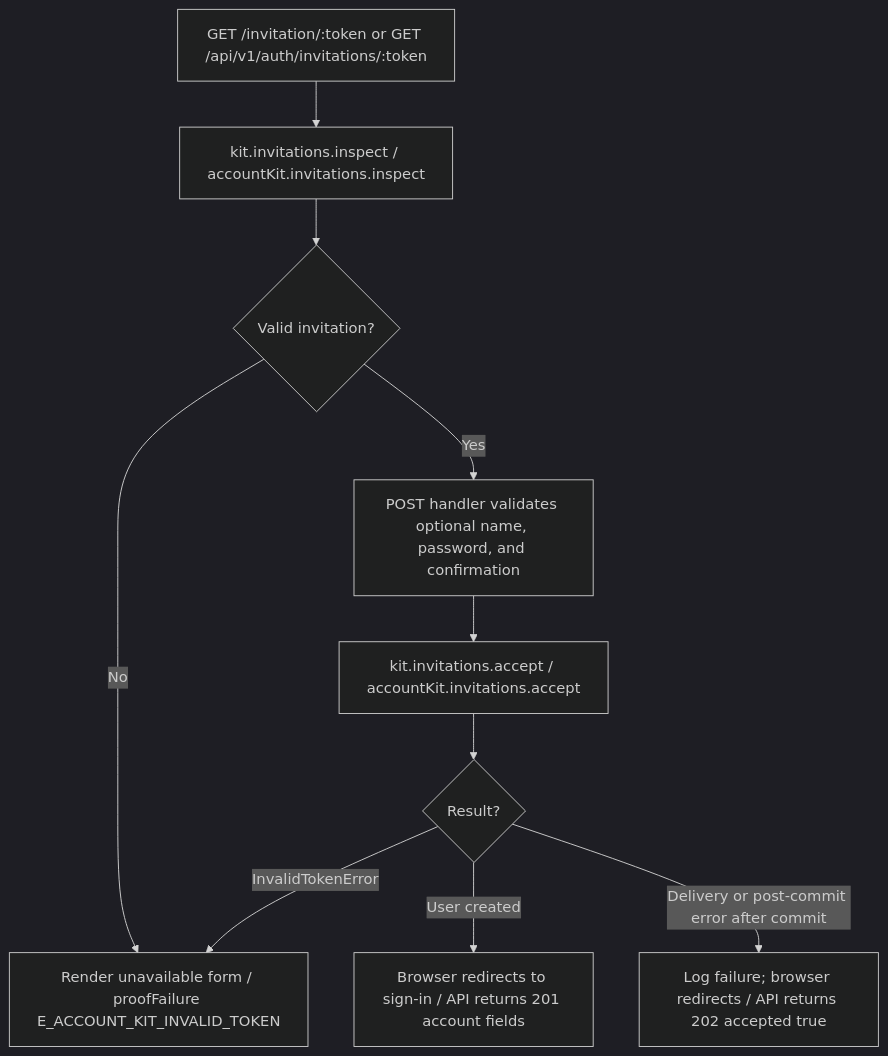
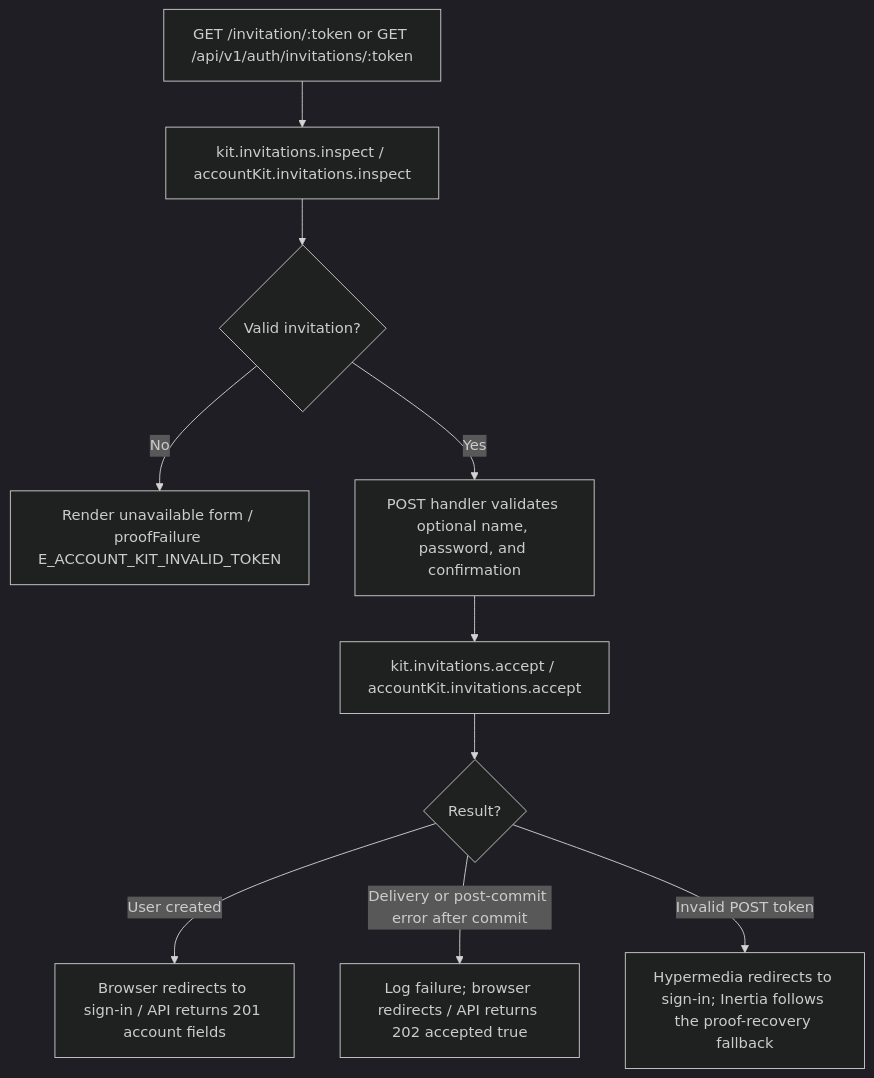
Before and after one commit to Kevinjohn/oss-adonisjs-starter-examples: the second of 2 diagrams in user-stories/teams/us-team-05-accept-invitation.md, drawn with Mermaid (dark theme). The commit also changed other lines of this file and 29 other files, not shown here.

````diff
--- a/user-stories/teams/us-team-05-accept-invitation.md
+++ b/user-stories/teams/us-team-05-accept-invitation.md
@@ -43,12 +42,12 @@
 ```mermaid
 flowchart TD
     A["GET /invitation/:token or GET /api/v1/auth/invitations/:token"] --> B["kit.invitations.inspect / accountKit.invitations.inspect"]
     B --> C{"Valid invitation?"}
     C -->|No| D["Render unavailable form / proofFailure E_ACCOUNT_KIT_INVALID_TOKEN"]
     C -->|Yes| E["POST handler validates optional name, password, and confirmation"]
     E --> F["kit.invitations.accept / accountKit.invitations.accept"]
     F --> G{"Result?"}
     G -->|User created| H["Browser redirects to sign-in / API returns 201 account fields"]
     G -->|Delivery or post-commit error after commit| I["Log failure; browser redirects / API returns 202 accepted true"]
-    G -->|InvalidTokenError| D
+    G -->|Invalid POST token| J["Hypermedia redirects to sign-in; Inertia follows the proof-recovery fallback"]
 ```
````
